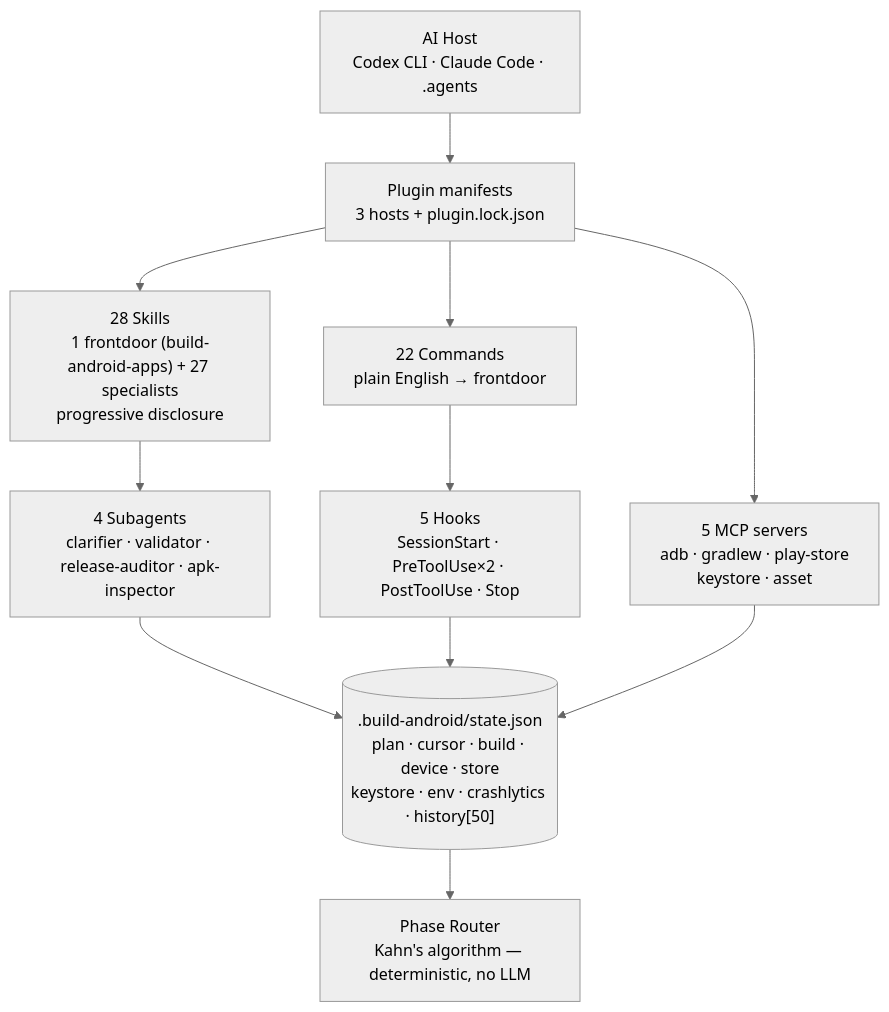
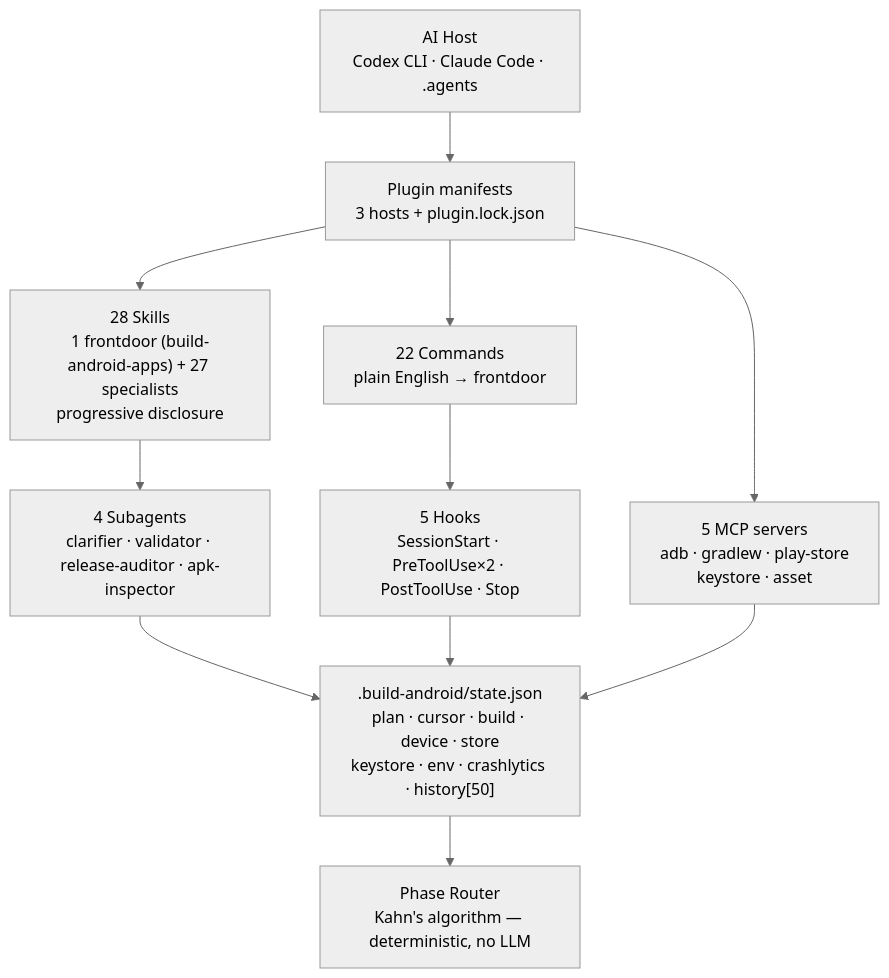
One commit to mitunmanav/build-android-apps changed the diagram in README.md. Above: the diagram before and after it, drawn with Mermaid (neutral theme). The commit also changed other lines of this file, not shown here.

````diff
--- a/README.md
+++ b/README.md
@@ -92,14 +186,14 @@
 ```mermaid
 flowchart TB
     Host["AI Host<br/>Codex CLI · Claude Code · .agents"]
     Host --> Manifests["Plugin manifests<br/>3 hosts + plugin.lock.json"]
     Manifests --> Skills["28 Skills<br/>1 frontdoor (build-android-apps) + 27 specialists<br/>progressive disclosure"]
     Manifests --> Commands["22 Commands<br/>plain English → frontdoor"]
     Manifests --> MCP["5 MCP servers<br/>adb · gradlew · play-store<br/>keystore · asset"]
     Skills --> Agents["4 Subagents<br/>clarifier · validator · release-auditor · apk-inspector"]
     Commands --> Hooks["5 Hooks<br/>SessionStart · PreToolUse×2 · PostToolUse · Stop"]
-    Agents --> State[(".build-android/state.json<br/>plan · cursor · build · device · store<br/>keystore · env · crashlytics · history[50]")]
+    Agents --> State[".build-android/state.json<br/>plan · cursor · build · device · store<br/>keystore · env · crashlytics · history[50]"]
     Hooks --> State
     MCP --> State
     State --> Router["Phase Router<br/>Kahn's algorithm — deterministic, no LLM"]
 ```
````
